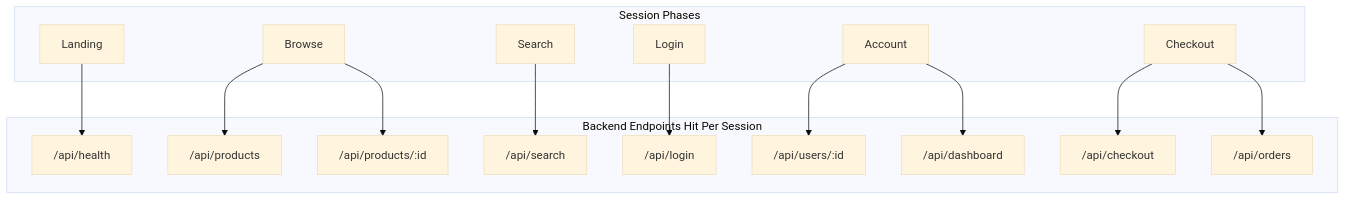
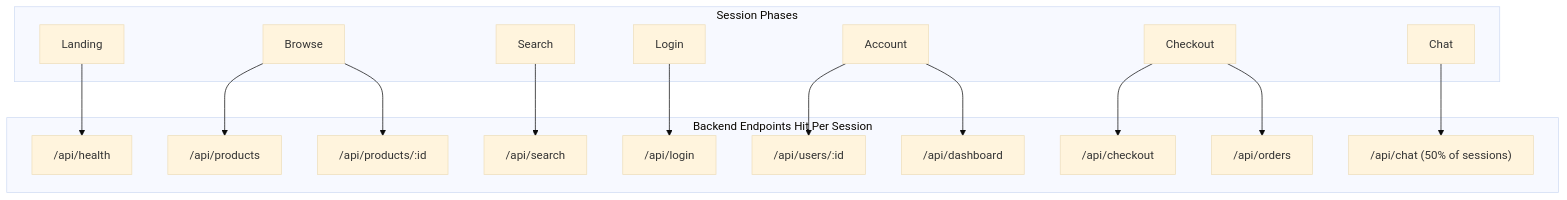
The fourth of 11 diagrams in agents/simulator-diagram.md (ttotenberg-ld/launchdarkly-fullstack-o11y-populator), drawn with Mermaid (base theme) before and after one commit. The commit also changed other lines of this file and 11 other files, not shown here.

````diff
--- a/agents/simulator-diagram.md
+++ b/agents/simulator-diagram.md
@@ -221,26 +247,28 @@
 ```mermaid
 flowchart TB
     subgraph Endpoints["Backend Endpoints Hit Per Session"]
         E1["/api/health"]
         E2["/api/dashboard"]
         E3["/api/login"]
         E4["/api/users/:id"]
         E5["/api/products"]
         E6["/api/products/:id"]
         E7["/api/search"]
         E8["/api/checkout"]
         E9["/api/orders"]
+        E10["/api/chat (50% of sessions)"]
     end
 
     subgraph Phases["Session Phases"]
         Landing --> E1
         Browse --> E5
         Browse --> E6
         Search --> E7
         Login --> E3
         Account --> E4
         Account --> E2
         Checkout --> E8
         Checkout --> E9
+        Chat --> E10
     end
 ```
````
